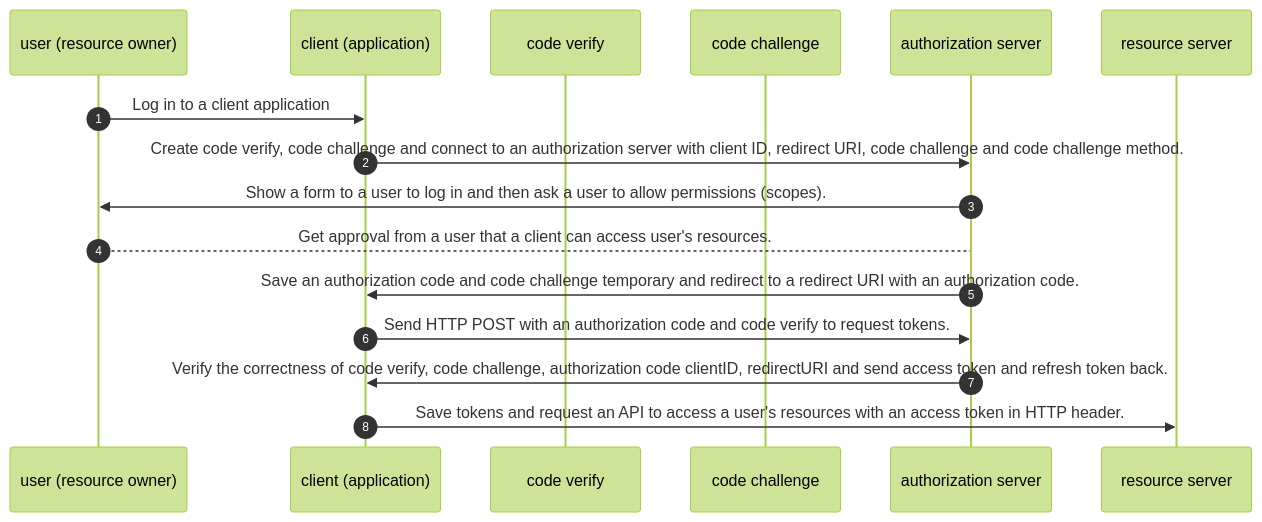
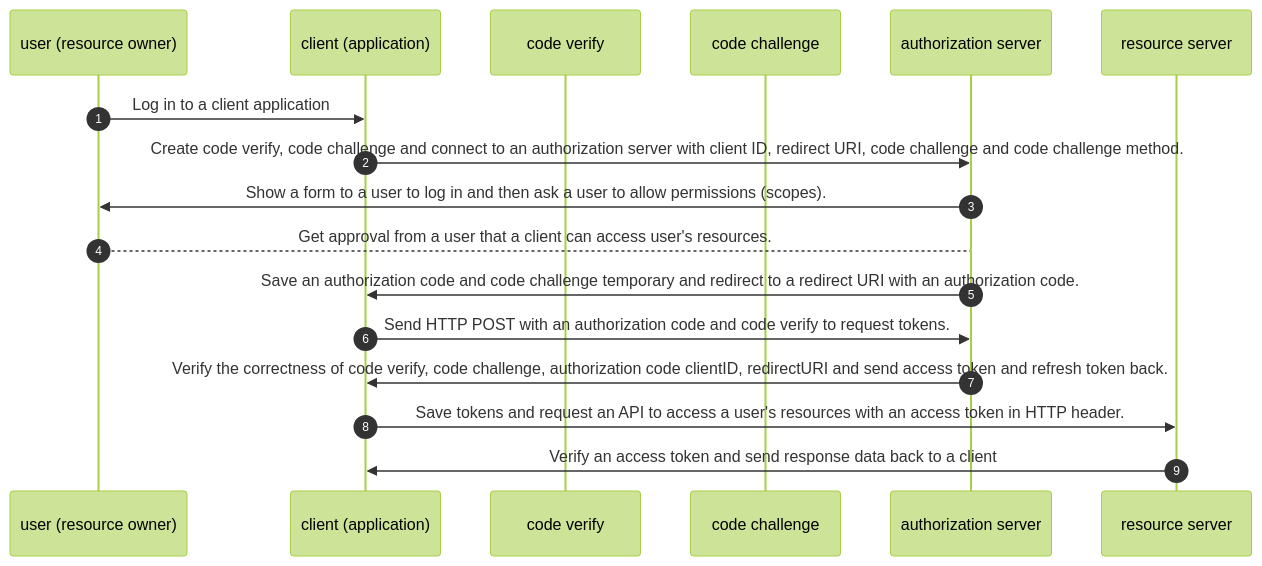
The fifth of 5 diagrams in content/faq/fundamental/oauth.md (dotnetthailand/dotnetthailand.github.io), drawn with Mermaid (forest theme) before and after one commit. The commit also changed other lines of this file, not shown here.

Commit message:
Add missing resource server back to client

````diff
--- a/content/faq/fundamental/oauth.md
+++ b/content/faq/fundamental/oauth.md
@@ -109,20 +110,21 @@
 ```mermaid
 sequenceDiagram
   autonumber
   participant user as user (resource owner)
   participant client as client (application)
   participant verify as code verify
   participant challenge as code challenge
   participant authorization_server as authorization server
   participant resource_server as resource server
 
   user ->> client: Log in to a client application
   client ->> authorization_server: Create code verify, code challenge and connect to an authorization server with client ID, redirect URI, code challenge and code challenge method.
   authorization_server ->> user: Show a form to a user to log in and then ask a user to allow permissions (scopes).
   user --> authorization_server: Get approval from a user that a client can access user's resources.
   authorization_server ->> client: Save an authorization code and code challenge temporary and redirect to a redirect URI with an authorization code.
   client ->> authorization_server: Send HTTP POST with an authorization code and code verify to request tokens.
   authorization_server ->> client: Verify the correctness of code verify, code challenge, authorization code clientID, redirectURI and send access token and refresh token back.
   client ->> resource_server: Save tokens and request an API to access a user's resources with an access token in HTTP header.
+  resource_server ->> client: Verify an access token and send response data back to a client
 
 ```
````
